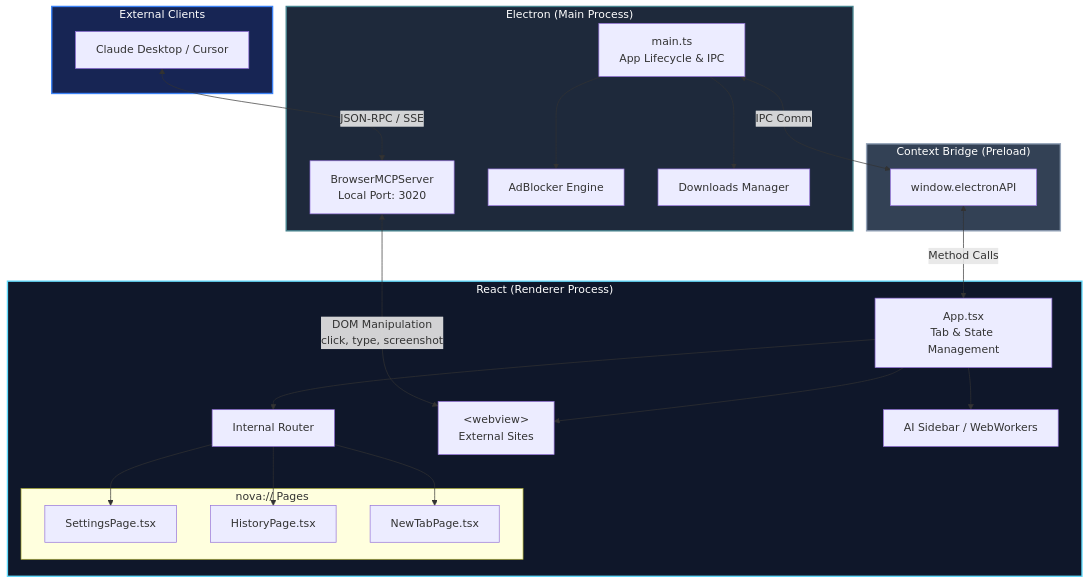
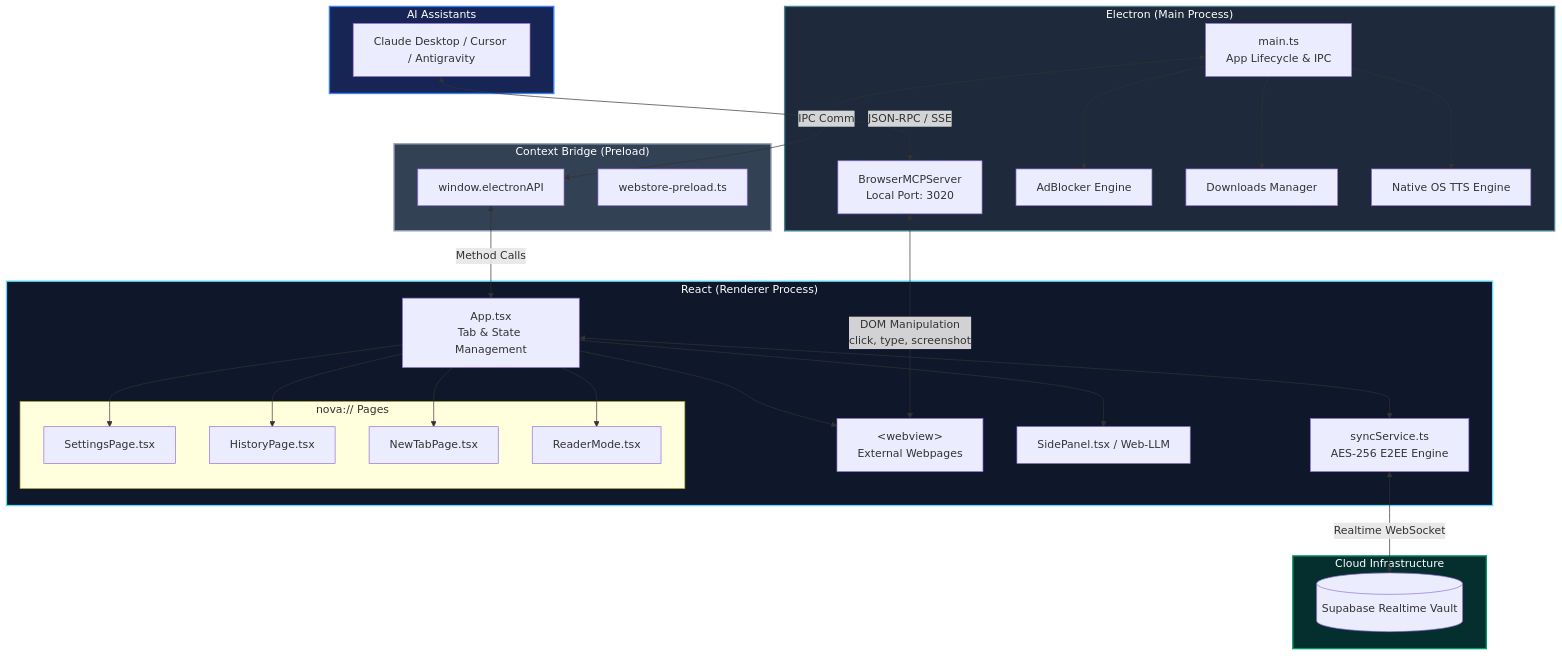
The diagram in README.md (unitybtw/nova-browser), drawn with Mermaid before and after one commit. The commit also changed other lines of this file, not shown here.

Commit message:
docs(readme): refresh README with Nova Sync, E2EE security, and modern badges

````diff
--- a/README.md
+++ b/README.md
@@ -113,50 +136,61 @@
 ```mermaid
 graph TD
     subgraph Electron["Electron (Main Process)"]
         main[main.ts<br/>App Lifecycle & IPC]
         mcp[BrowserMCPServer<br/>Local Port: 3020]
         adblock[AdBlocker Engine]
         downloads[Downloads Manager]
+        tts[Native OS TTS Engine]
     end
 
     subgraph Preload["Context Bridge (Preload)"]
         api[window.electronAPI]
+        webstore[webstore-preload.ts]
     end
 
     subgraph Renderer["React (Renderer Process)"]
         app[App.tsx<br/>Tab & State Management]
-        router[Internal Router]
+        sync[syncService.ts<br/>AES-256 E2EE Engine]
         
         subgraph InternalPages["nova:// Pages"]
             settings[SettingsPage.tsx]
             history[HistoryPage.tsx]
             newtab[NewTabPage.tsx]
+            reader[ReaderMode.tsx]
         end
         
-        webview["&lt;webview&gt;<br/>External Sites"]
-        ai[AI Sidebar / WebWorkers]
+        webview["&lt;webview&gt;<br/>External Webpages"]
+        ai[SidePanel.tsx / Web-LLM]
     end
 
-    subgraph External["External Clients"]
-        claude[Claude Desktop / Cursor]
+    subgraph Cloud["Cloud Infrastructure"]
+        supabase[(Supabase Realtime Vault)]
+    end
+
+    subgraph External["AI Assistants"]
+        claude[Claude Desktop / Cursor / Antigravity]
     end
 
     main <-->|IPC Comm| api
     api <-->|Method Calls| app
-    app --> router
-    router --> settings
-    router --> history
-    router --> newtab
+    app --> settings
+    app --> history
+    app --> newtab
+    app --> reader
     app --> webview
     app --> ai
+    app <--> sync
+    sync <-->|Realtime WebSocket| supabase
     main --> adblock
     main --> downloads
+    main --> tts
     
     claude <-->|JSON-RPC / SSE| mcp
     mcp <-->|DOM Manipulation<br/>click, type, screenshot| webview
     
     style Electron fill:#1e293b,stroke:#47848F,stroke-width:2px,color:#fff
     style Preload fill:#334155,stroke:#94a3b8,stroke-width:2px,color:#fff
     style Renderer fill:#0f172a,stroke:#61DAFB,stroke-width:2px,color:#fff
+    style Cloud fill:#042f2e,stroke:#059669,stroke-width:2px,color:#fff
     style External fill:#172554,stroke:#3b82f6,stroke-width:2px,color:#fff
 ```
````
